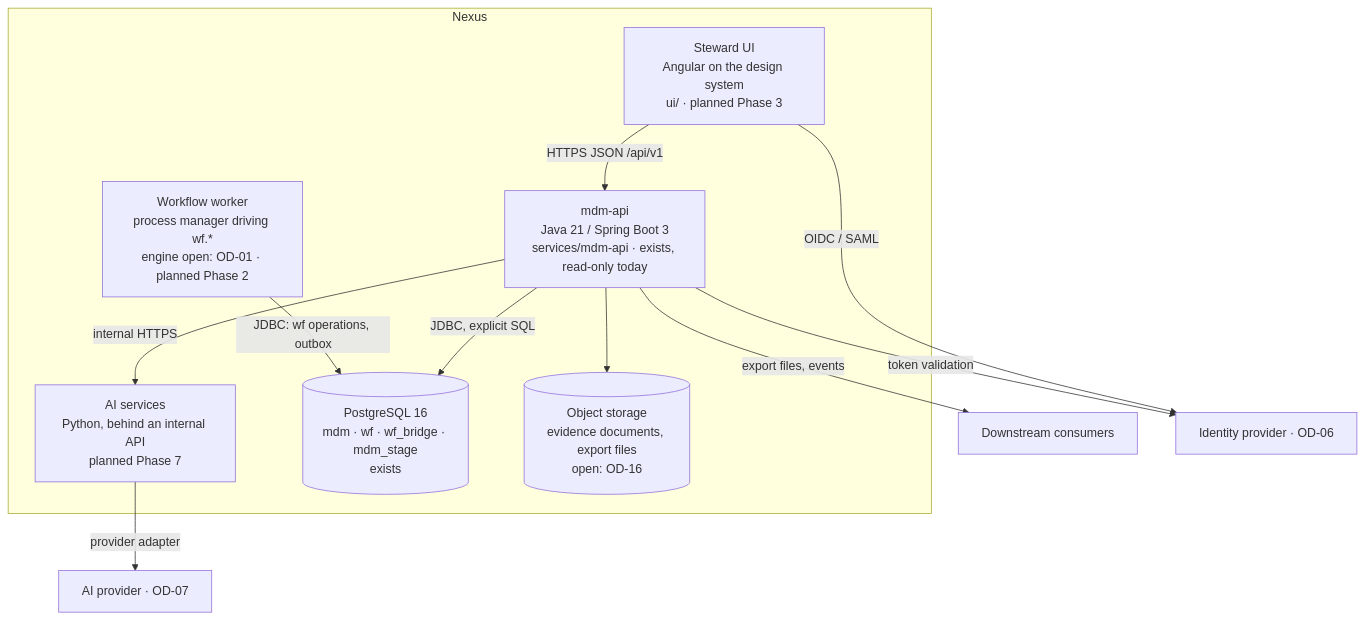
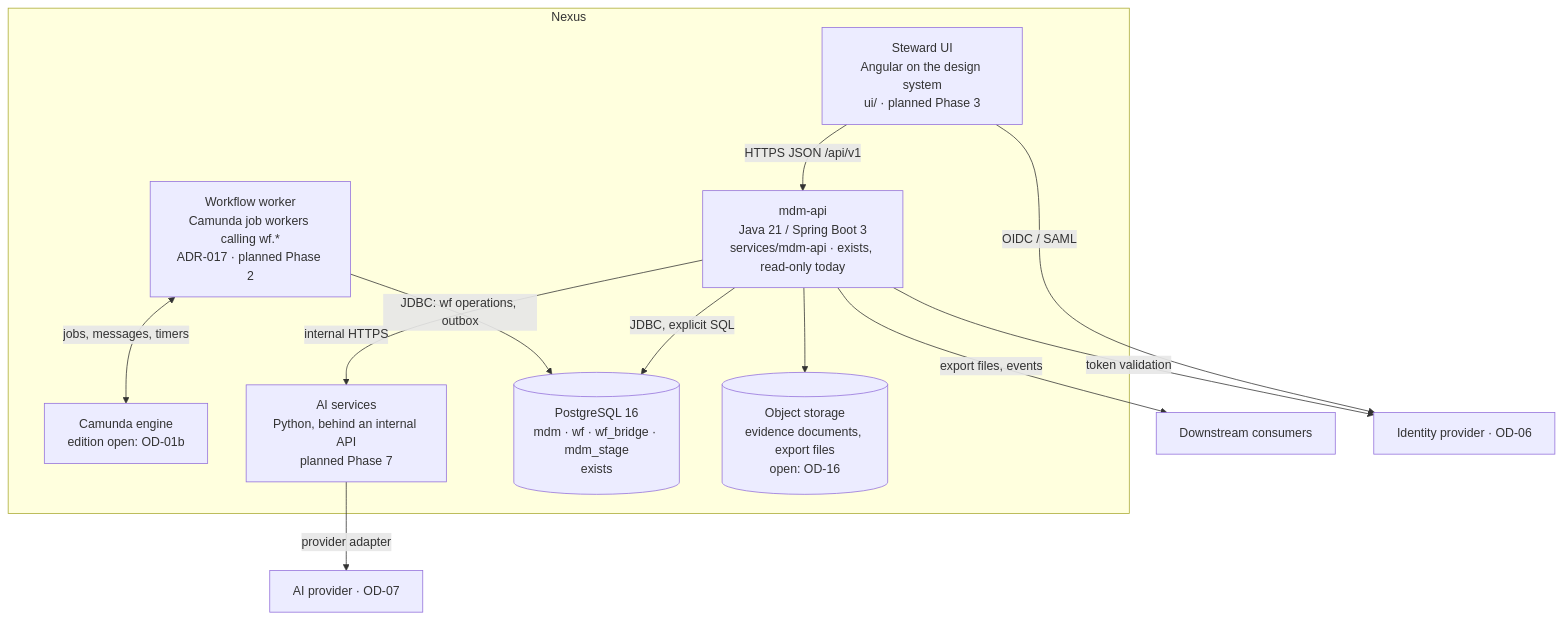
Before and after one commit to POCoder7/Nexus: the second of 5 diagrams in docs/architecture/overview.md, drawn with Mermaid. The commit also changed other lines of this file and 6 other files, not shown here.

First line of the commit message:
PROG: record Camunda as workflow engine and America/New_York business time zone

````diff
--- a/docs/architecture/overview.md
+++ b/docs/architecture/overview.md
@@ -67,20 +67,22 @@
 ```mermaid
 flowchart TB
   subgraph nexus[Nexus]
     ui[Steward UI<br/>Angular on the design system<br/>ui/ · planned Phase 3]
     api[mdm-api<br/>Java 21 / Spring Boot 3<br/>services/mdm-api · exists, read-only today]
-    worker[Workflow worker<br/>process manager driving wf.*<br/>engine open: OD-01 · planned Phase 2]
+    worker[Workflow worker<br/>Camunda job workers calling wf.*<br/>ADR-017 · planned Phase 2]
+    camunda[Camunda engine<br/>edition open: OD-01b]
     aisvc[AI services<br/>Python, behind an internal API<br/>planned Phase 7]
     db[(PostgreSQL 16<br/>mdm · wf · wf_bridge · mdm_stage<br/>exists)]
     obj[(Object storage<br/>evidence documents, export files<br/>open: OD-16)]
   end
   ui -->|HTTPS JSON /api/v1| api
   api -->|JDBC, explicit SQL| db
   worker -->|JDBC: wf operations, outbox| db
+  worker <-->|jobs, messages, timers| camunda
   api -->|internal HTTPS| aisvc
   aisvc -->|provider adapter| ext_ai[AI provider · OD-07]
   api --> obj
   api -->|export files, events| down[Downstream consumers]
   ui -->|OIDC / SAML| idp[Identity provider · OD-06]
   api -->|token validation| idp
 ```
````
